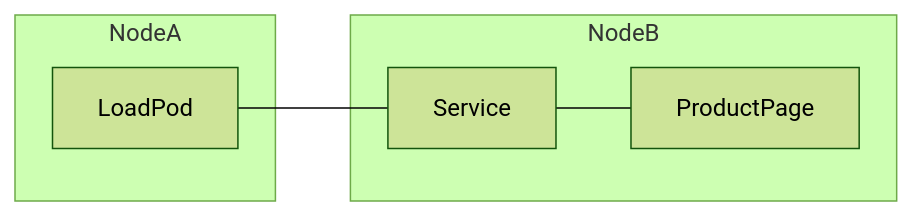
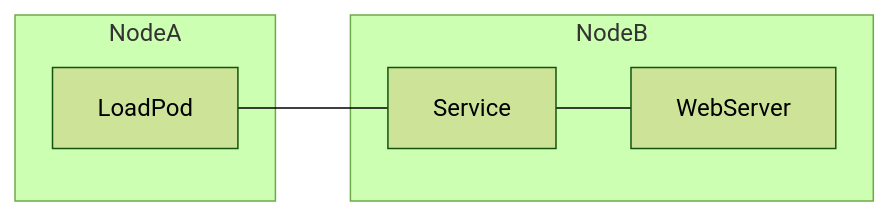
Before and after one commit to jtaleric/cilium-testplan-proposal: the first of 3 diagrams in test-plans/performance/draft-servicemesh-performance.md, drawn with Mermaid (forest theme). The commit also changed other lines of this file and 4 other files, not shown here.

````diff
--- a/test-plans/performance/draft-servicemesh-performance.md
+++ b/test-plans/performance/draft-servicemesh-performance.md
@@ -89,12 +86,12 @@
   ```mermaid
     graph LR;
       subgraph NodeA
         LoadPod
       end
       subgraph NodeB
         Service
-        ProductPage
+        WebServer 
       end
-    Service---ProductPage
+    Service---WebServer
     LoadPod---Service
  ```
````
